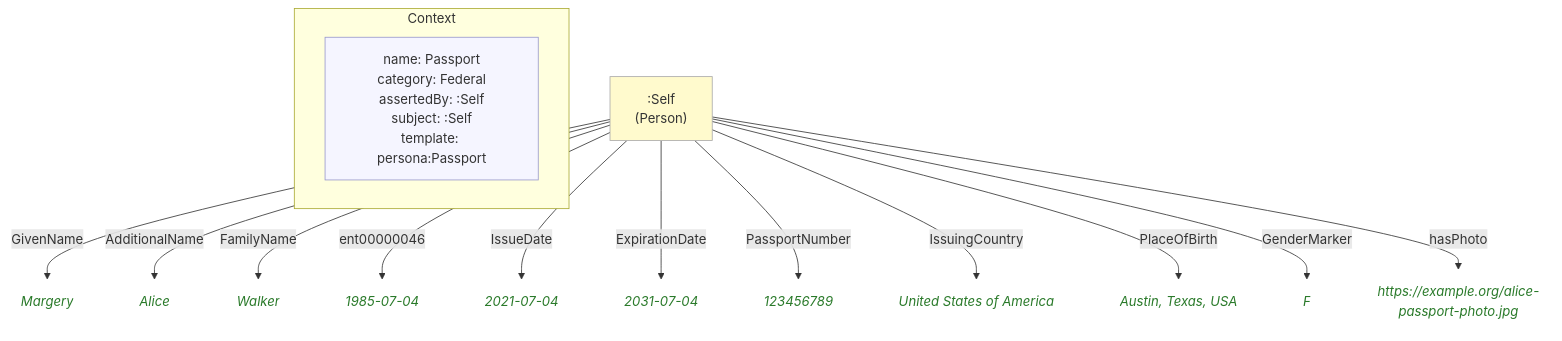
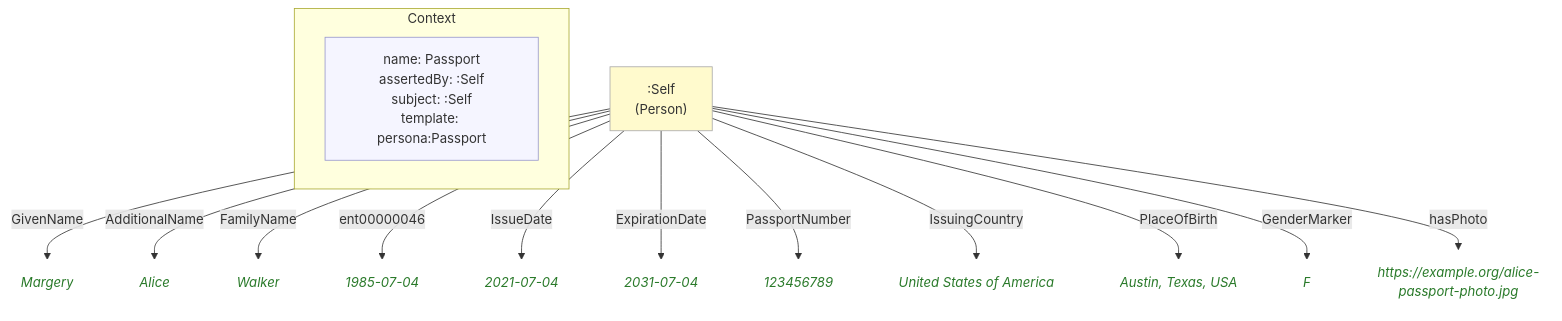
Before and after one commit to MeeFoundation/mia-ontologies: the diagram in example/images/23-alice(passport)alice.mmd, drawn with Mermaid. The commit also changed 74 other files, not shown here.

First line of the commit message:
Rename c:contextCategory property to c:category (context.ttl v1.0.44)

```diff
--- a/example/images/23-alice(passport)alice.mmd
+++ b/example/images/23-alice(passport)alice.mmd
@@ -1,37 +1,36 @@
-%% ContextCategory: context:Federal
 flowchart TD
     classDef person fill:#fffacd,stroke:#aaa,color:#333
     classDef grp    fill:#d4edda,stroke:#aaa,color:#333
     classDef org    fill:#cce5ff,stroke:#aaa,color:#333
     classDef lit    fill:none,stroke:none,font-style:italic,color:#2a7a2a
     classDef meta   fill:#f5f5ff,stroke:#9999cc,color:#333
 
     subgraph ctx["Context"]
         direction LR
-        ctx_meta["name: Passport\ncategory: Federal\nassertedBy: :Self\nsubject: :Self\ntemplate: persona:Passport"]:::meta
+        ctx_meta["name: Passport\nassertedBy: :Self\nsubject: :Self\ntemplate: persona:Passport"]:::meta
     end
 
     ne0c3ba92f1db[":Self\n(Person)"]:::person
-    n5c61269a7f77("Margery"):::lit
-    ned2a6be507f7("Alice"):::lit
-    n8aa0b5e7cecd("Walker"):::lit
-    n179d282f75ac("1985-07-04"):::lit
-    n87702d5f5364("2021-07-04"):::lit
-    n4140f236b6dd("2031-07-04"):::lit
-    n242a17def159("123456789"):::lit
-    nf769346f6489("United States of America"):::lit
-    n0534dc0b9a41("Austin, Texas, USA"):::lit
-    n036e81c28098("F"):::lit
+    nb5de51d1c444("Margery"):::lit
+    nd24523dd66fe("Alice"):::lit
+    ncf8c68224ab5("Walker"):::lit
+    n8325fbc22734("1985-07-04"):::lit
+    n0cafa5e28373("2021-07-04"):::lit
+    nce79e1e03e78("2031-07-04"):::lit
+    ndc2640f868e9("123456789"):::lit
+    nee18283daba9("United States of America"):::lit
+    nf59f1bb70211("Austin, Texas, USA"):::lit
+    n1bd7329f20e5("F"):::lit
     nd1310d4db60a("https://example.org/alice-passport-photo.jpg"):::lit
 
-    ne0c3ba92f1db -->|"GivenName"| n5c61269a7f77
-    ne0c3ba92f1db -->|"AdditionalName"| ned2a6be507f7
-    ne0c3ba92f1db -->|"FamilyName"| n8aa0b5e7cecd
-    ne0c3ba92f1db -->|"ent00000046"| n179d282f75ac
-    ne0c3ba92f1db -->|"IssueDate"| n87702d5f5364
-    ne0c3ba92f1db -->|"ExpirationDate"| n4140f236b6dd
-    ne0c3ba92f1db -->|"PassportNumber"| n242a17def159
-    ne0c3ba92f1db -->|"IssuingCountry"| nf769346f6489
-    ne0c3ba92f1db -->|"PlaceOfBirth"| n0534dc0b9a41
-    ne0c3ba92f1db -->|"GenderMarker"| n036e81c28098
+    ne0c3ba92f1db -->|"GivenName"| nb5de51d1c444
+    ne0c3ba92f1db -->|"AdditionalName"| nd24523dd66fe
+    ne0c3ba92f1db -->|"FamilyName"| ncf8c68224ab5
+    ne0c3ba92f1db -->|"ent00000046"| n8325fbc22734
+    ne0c3ba92f1db -->|"IssueDate"| n0cafa5e28373
+    ne0c3ba92f1db -->|"ExpirationDate"| nce79e1e03e78
+    ne0c3ba92f1db -->|"PassportNumber"| ndc2640f868e9
+    ne0c3ba92f1db -->|"IssuingCountry"| nee18283daba9
+    ne0c3ba92f1db -->|"PlaceOfBirth"| nf59f1bb70211
+    ne0c3ba92f1db -->|"GenderMarker"| n1bd7329f20e5
     ne0c3ba92f1db -->|"hasPhoto"| nd1310d4db60a
```
